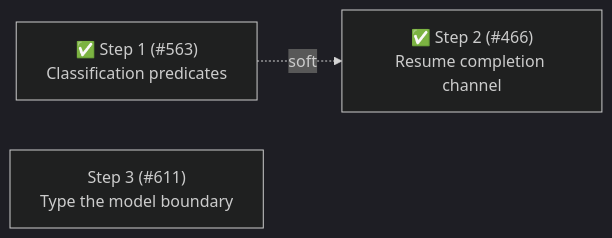
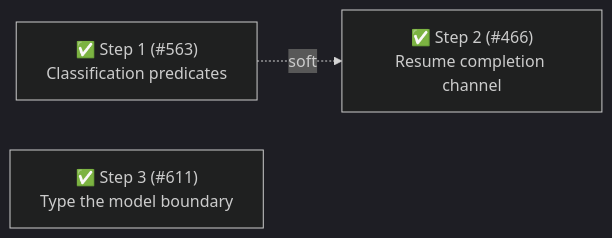
One commit to coderdkai/pi-packages changed the sixth of 6 diagrams in packages/pi-subagents/docs/architecture/architecture.md. Above: the diagram before and after it, drawn with Mermaid (dark theme). The commit also changed other lines of this file, not shown here.

Commit message:
docs(pi-subagents): mark Phase 21 Step 3 complete (#611)

````diff
--- a/packages/pi-subagents/docs/architecture/architecture.md
+++ b/packages/pi-subagents/docs/architecture/architecture.md
@@ -751,5 +755,5 @@
 ```mermaid
 flowchart LR
     S1["✅ Step 1 (#563)<br/>Classification predicates"] -.soft.-> S2["✅ Step 2 (#466)<br/>Resume completion channel"]
-    S3["Step 3 (#611)<br/>Type the model boundary"]
+    S3["✅ Step 3 (#611)<br/>Type the model boundary"]
 ```
````
